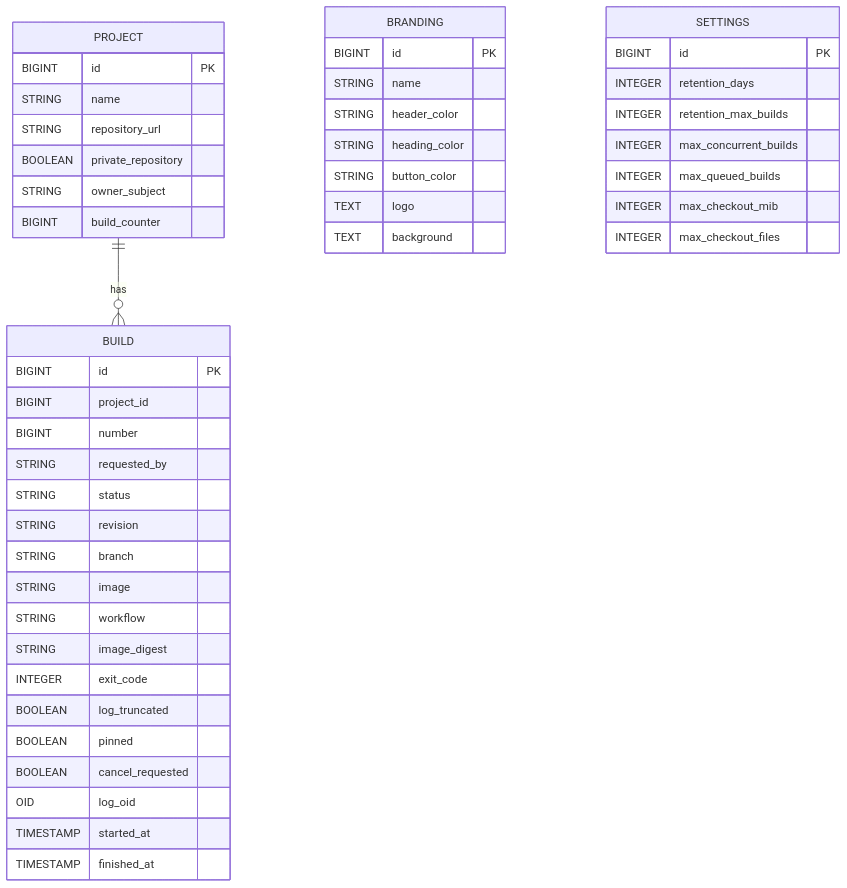
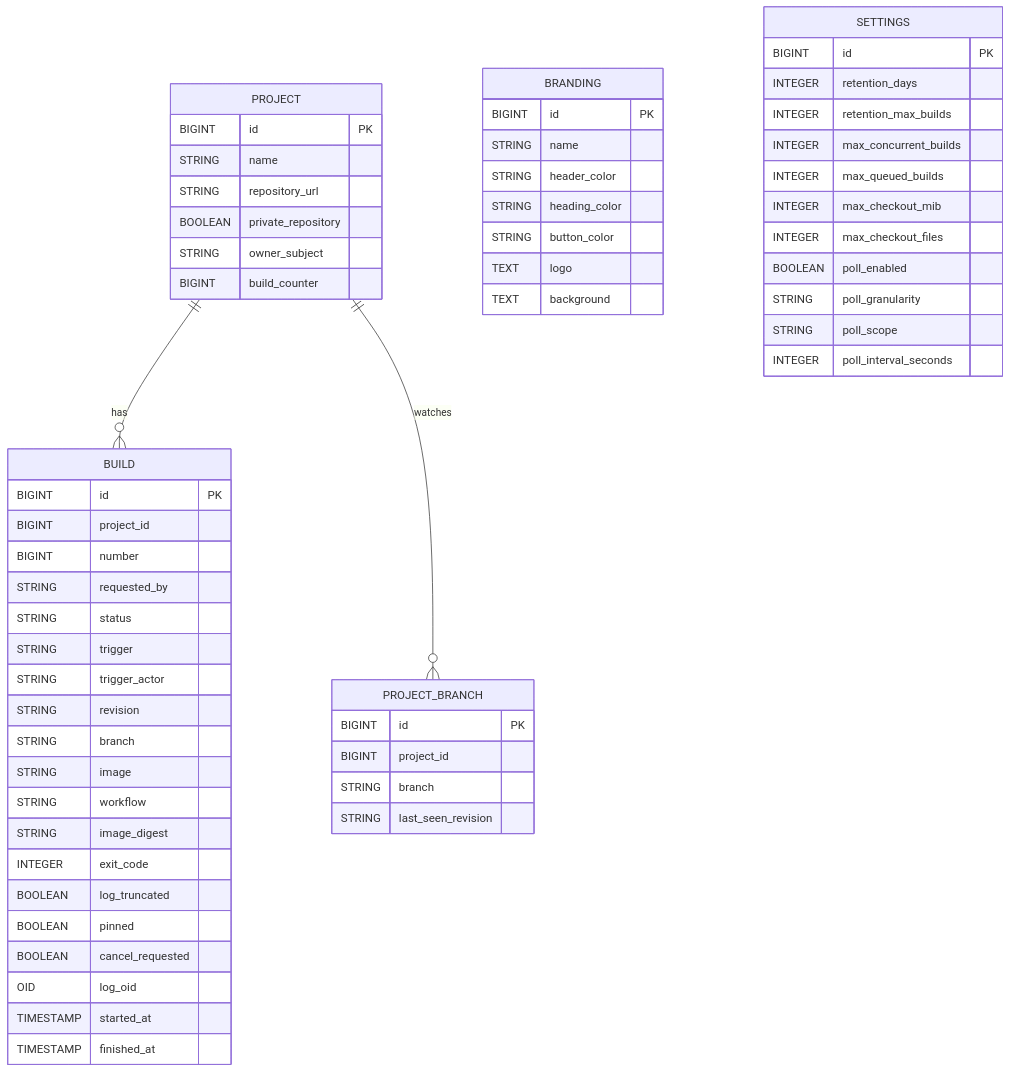
One commit to Mohamed-Alkafory/cisys changed the diagram in docs/entity-diagram.md. Above: the diagram before and after it, drawn with Mermaid. The commit also changed other lines of this file and 29 other files, not shown here.

````diff
--- a/docs/entity-diagram.md
+++ b/docs/entity-diagram.md
@@ -5,53 +5,67 @@
 ```mermaid
 erDiagram
     PROJECT {
         BIGINT id PK
         STRING name
         STRING repository_url
         BOOLEAN private_repository
         STRING owner_subject
         BIGINT build_counter
     }
 
     BUILD {
         BIGINT id PK
         BIGINT project_id
         BIGINT number
         STRING requested_by
         STRING status
+        STRING trigger
+        STRING trigger_actor
         STRING revision
         STRING branch
         STRING image
         STRING workflow
         STRING image_digest
         INTEGER exit_code
         BOOLEAN log_truncated
         BOOLEAN pinned
         BOOLEAN cancel_requested
         OID log_oid
         TIMESTAMP started_at
         TIMESTAMP finished_at
+    }
+
+    PROJECT_BRANCH {
+        BIGINT id PK
+        BIGINT project_id
+        STRING branch
+        STRING last_seen_revision
     }
 
     BRANDING {
         BIGINT id PK
         STRING name
         STRING header_color
         STRING heading_color
         STRING button_color
         TEXT logo
         TEXT background
     }
 
     SETTINGS {
         BIGINT id PK
         INTEGER retention_days
         INTEGER retention_max_builds
         INTEGER max_concurrent_builds
         INTEGER max_queued_builds
         INTEGER max_checkout_mib
         INTEGER max_checkout_files
+        BOOLEAN poll_enabled
+        STRING poll_granularity
+        STRING poll_scope
+        INTEGER poll_interval_seconds
     }
 
     PROJECT ||--o{ BUILD : has
+    PROJECT ||--o{ PROJECT_BRANCH : watches
 ```
````
